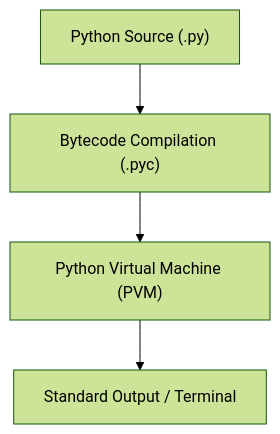
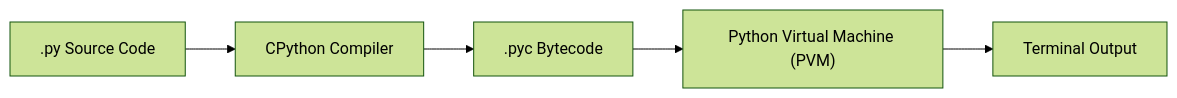
One commit to spant671-ux/Learning-Python changed the first of 5 diagrams in NOTES.md. Above: the diagram before and after it, drawn with Mermaid (forest theme). The commit also changed other lines of this file, not shown here.

````diff
--- a/NOTES.md
+++ b/NOTES.md
@@ -24,6 +29,7 @@
 ```mermaid
-graph TD
-    Source["Python Source (.py)"] --> Bytecode["Bytecode Compilation (.pyc)"]
+graph LR
+    Source[".py Source Code"] --> Compiler["CPython Compiler"]
+    Compiler --> Bytecode[".pyc Bytecode"]
     Bytecode --> PVM["Python Virtual Machine (PVM)"]
-    PVM --> Output["Standard Output / Terminal"]
+    PVM --> Output["Terminal Output"]
 ```
````
